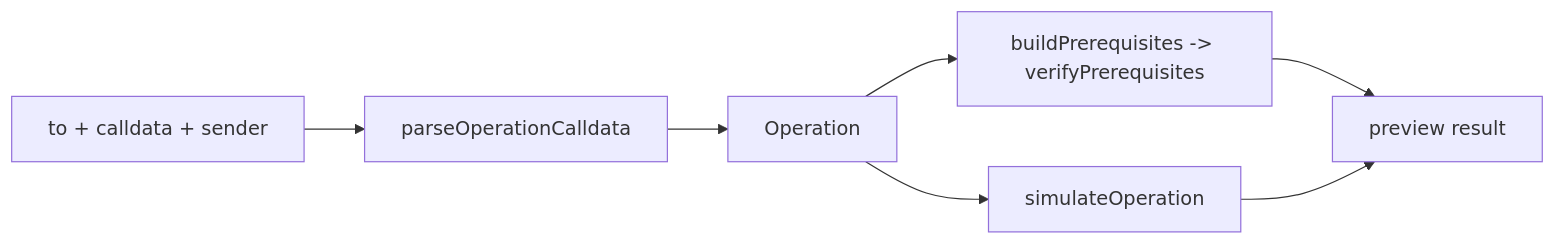
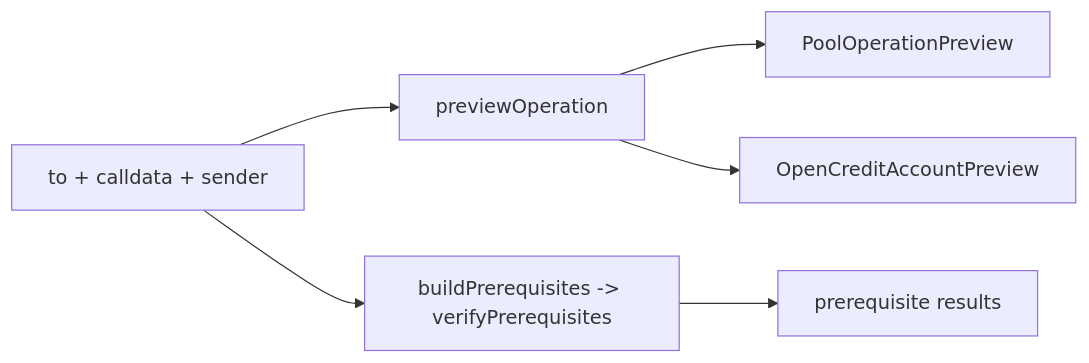
Before and after one commit to Gearbox-protocol/sdk: the diagram in src/preview/README.md, drawn with Mermaid. The commit also changed other lines of this file and 31 other files, not shown here.

````diff
--- a/src/preview/README.md
+++ b/src/preview/README.md
@@ -99,9 +86,8 @@
 ```mermaid
 flowchart LR
-  calldata["to + calldata + sender"] --> parse["parseOperationCalldata"]
-  parse --> operation["Operation"]
-  operation --> prereq["buildPrerequisites -> verifyPrerequisites"]
-  operation --> sim["simulateOperation"]
-  prereq --> result["preview result"]
-  sim --> result
+  calldata["to + calldata + sender"] --> previewOp["previewOperation"]
+  previewOp --> poolPreview["PoolOperationPreview"]
+  previewOp --> openPreview["OpenCreditAccountPreview"]
+  calldata --> prereq["buildPrerequisites -> verifyPrerequisites"]
+  prereq --> results["prerequisite results"]
 ```
````
